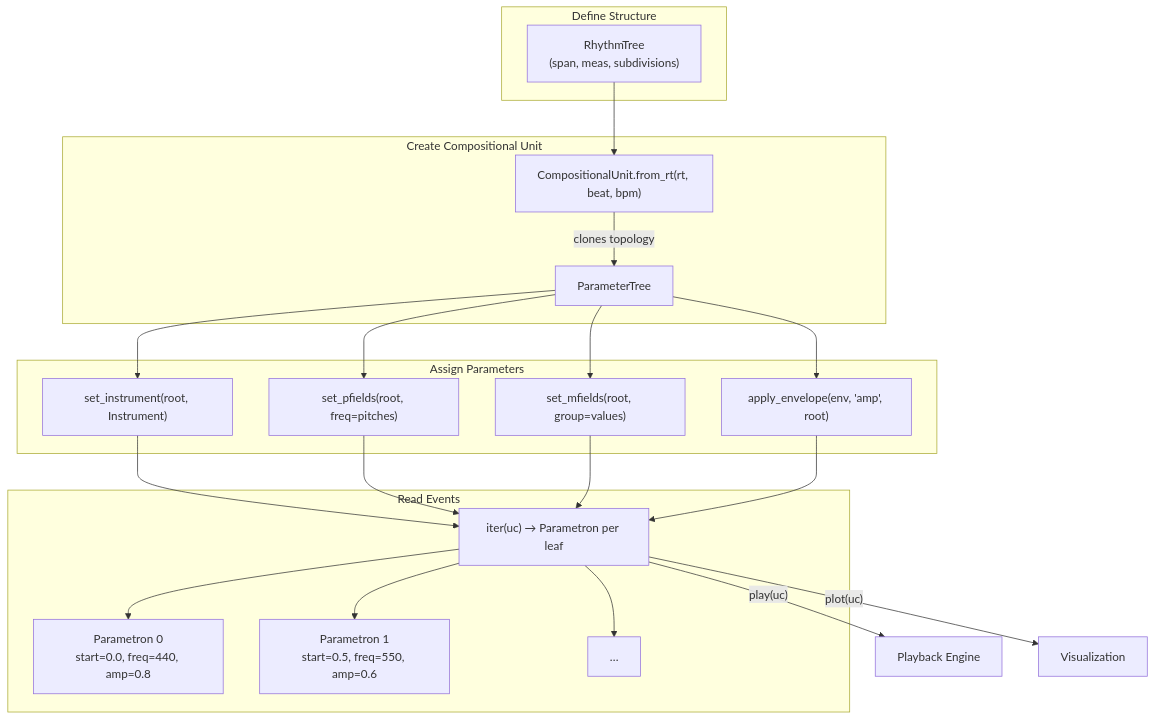
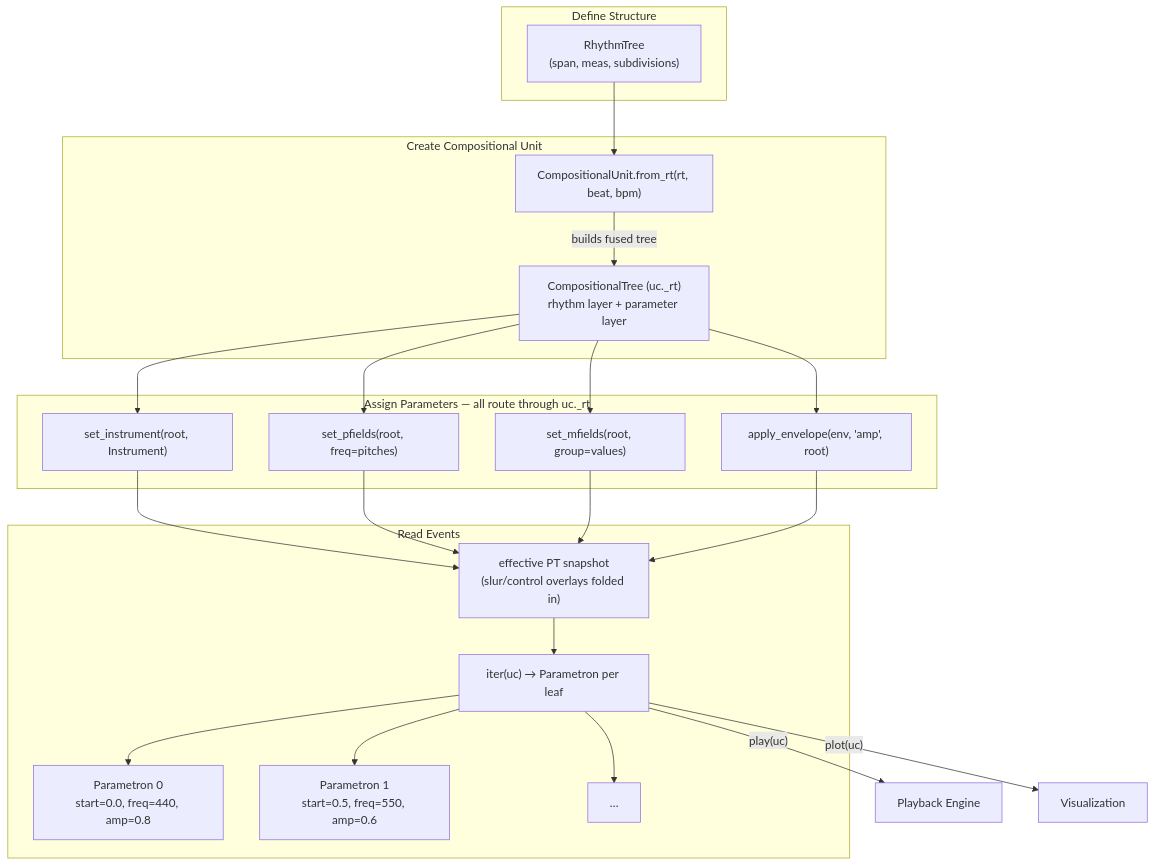
The ninth of 9 diagrams in docs/architecture/05_THETOS.md (kr4g/Klotho), drawn with Mermaid before and after one commit. The commit also changed other lines of this file and 13 other files, not shown here.

First line of the commit message:
Overhaul architecture docs for Klotho 10.x API

````diff
--- a/docs/architecture/05_THETOS.md
+++ b/docs/architecture/05_THETOS.md
@@ -498,38 +616,40 @@
 ```mermaid
 flowchart TD
-    subgraph "Define Structure"
+    subgraph defineStructure [Define Structure]
         RT["RhythmTree<br/>(span, meas, subdivisions)"]
     end
 
-    subgraph "Create Compositional Unit"
+    subgraph createUnit [Create Compositional Unit]
         UC["CompositionalUnit.from_rt(rt, beat, bpm)"]
-        UC -->|"clones topology"| PT["ParameterTree"]
+        UC -->|"builds fused tree"| CT["CompositionalTree (uc._rt)<br/>rhythm layer + parameter layer"]
     end
 
-    subgraph "Assign Parameters"
+    subgraph assignParams [Assign Parameters — all route through uc._rt]
         I["set_instrument(root, Instrument)"]
         PF["set_pfields(root, freq=pitches)"]
         MF["set_mfields(root, group=values)"]
         ENV["apply_envelope(env, 'amp', root)"]
     end
 
-    subgraph "Read Events"
+    subgraph readEvents [Read Events]
+        SNAP["effective PT snapshot<br/>(slur/control overlays folded in)"]
         EVT["iter(uc) → Parametron per leaf"]
+        SNAP --> EVT
         EVT --> P1["Parametron 0<br/>start=0.0, freq=440, amp=0.8"]
         EVT --> P2["Parametron 1<br/>start=0.5, freq=550, amp=0.6"]
         EVT --> P3["…"]
     end
 
     RT --> UC
-    PT --> I
-    PT --> PF
-    PT --> MF
-    PT --> ENV
-    I --> EVT
-    PF --> EVT
-    MF --> EVT
-    ENV --> EVT
+    CT --> I
+    CT --> PF
+    CT --> MF
+    CT --> ENV
+    I --> SNAP
+    PF --> SNAP
+    MF --> SNAP
+    ENV --> SNAP
 
     EVT -->|"play(uc)"| PB["Playback Engine"]
     EVT -->|"plot(uc)"| VIS["Visualization"]
 ```
````
